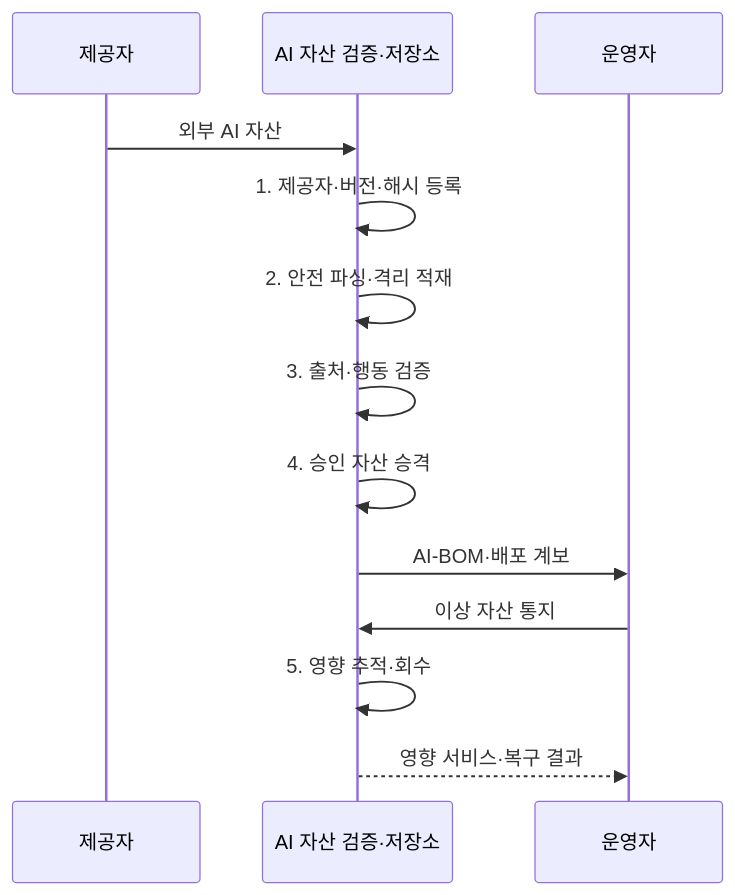
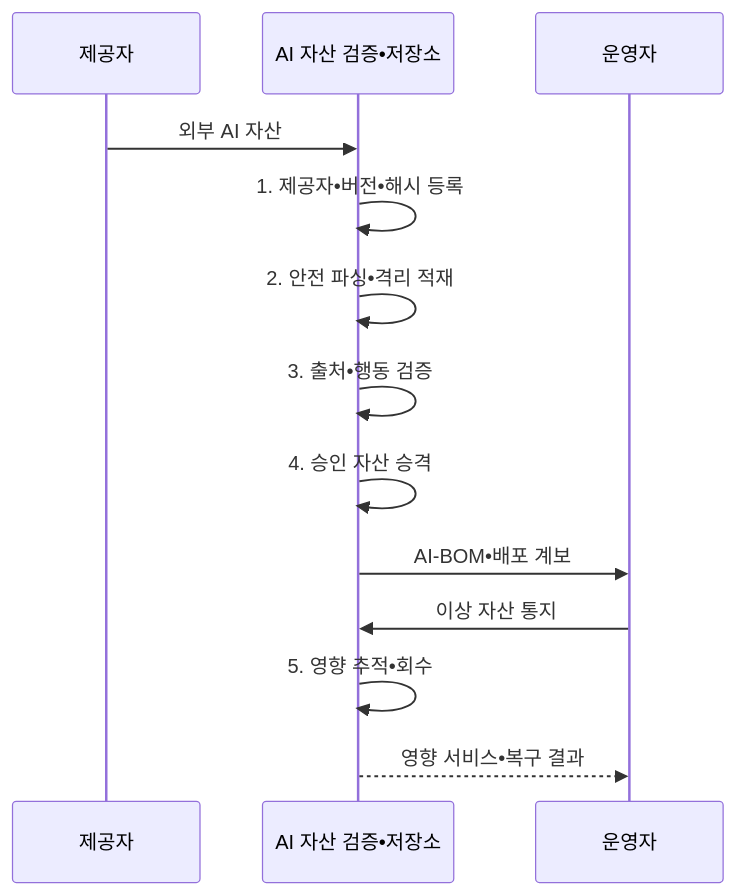
One commit to agnusdei1207/knowledge-base changed the second of 2 diagrams in src/content/docs/notes/05-security/093_ai_supply_chain_security.md. Above: the diagram before and after it, drawn with Mermaid. The commit also changed other lines of this file and 953 other files, not shown here.

````diff
--- a/src/content/docs/notes/05-security/093_ai_supply_chain_security.md
+++ b/src/content/docs/notes/05-security/093_ai_supply_chain_security.md
@@ -100,15 +100,15 @@
 ```mermaid
 sequenceDiagram
     participant P as 제공자
-    participant R as AI 자산 검증·저장소
+    participant R as AI 자산 검증•저장소
     participant O as 운영자
     P->>R: 외부 AI 자산
-    R->>R: 1. 제공자·버전·해시 등록
-    R->>R: 2. 안전 파싱·격리 적재
-    R->>R: 3. 출처·행동 검증
+    R->>R: 1. 제공자•버전•해시 등록
+    R->>R: 2. 안전 파싱•격리 적재
+    R->>R: 3. 출처•행동 검증
     R->>R: 4. 승인 자산 승격
-    R->>O: AI-BOM·배포 계보
+    R->>O: AI-BOM•배포 계보
     O->>R: 이상 자산 통지
-    R->>R: 5. 영향 추적·회수
-    R-->>O: 영향 서비스·복구 결과
+    R->>R: 5. 영향 추적•회수
+    R-->>O: 영향 서비스•복구 결과
 ```
````
